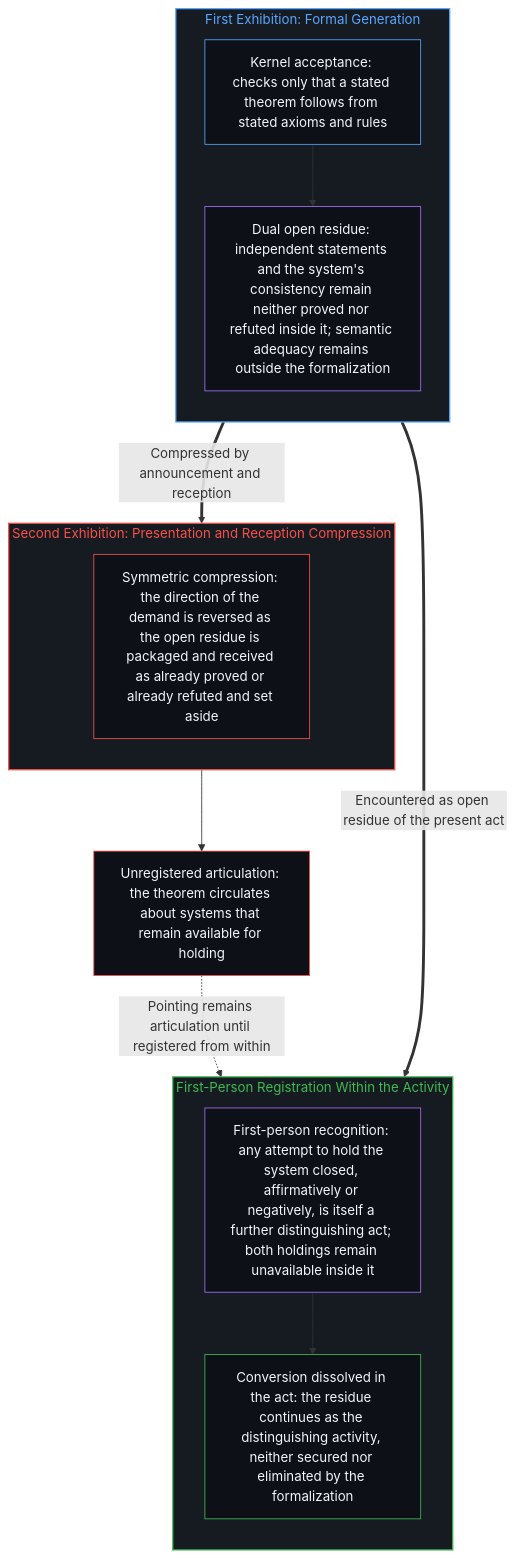
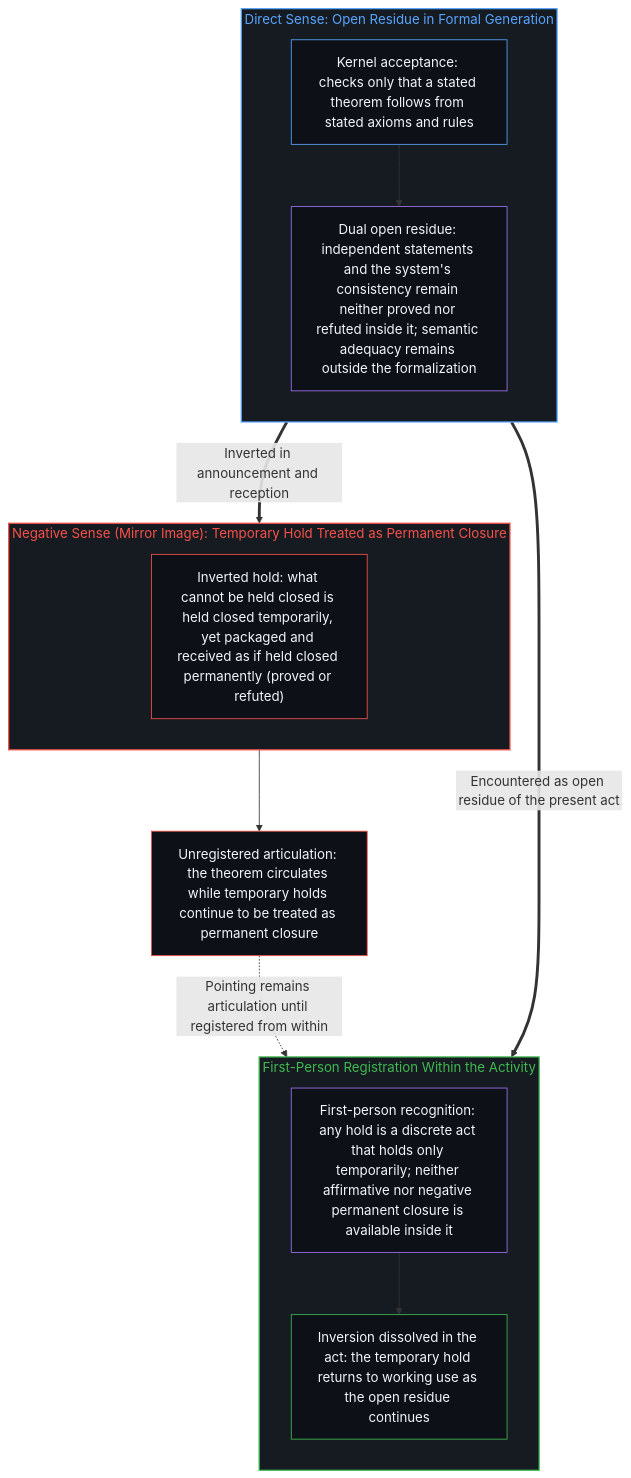
Before and after one commit to powerpig99/not-a-toe: the fourth of 4 diagrams in content/posts/incompleteness-exhibited-twice.md, drawn with Mermaid. The commit also changed other lines of this file and 3 other files, not shown here.

Commit message:
Rectify Post #411: certainty of uncertainty & mirror-image direct vs. negative expressions of incompleteness

````diff
--- a/content/posts/incompleteness-exhibited-twice.md
+++ b/content/posts/incompleteness-exhibited-twice.md
@@ -151,33 +151,33 @@
 ```mermaid
 flowchart TD
-    subgraph S_First["First Exhibition: Formal Generation"]
+    subgraph S_First["Direct Sense: Open Residue in Formal Generation"]
         direction TB
         K["Kernel acceptance: checks only that a stated theorem follows from stated axioms and rules"]
         R1["Dual open residue: independent statements and the system's consistency remain neither proved nor refuted inside it; semantic adequacy remains outside the formalization"]
         K --> R1
     end
-    subgraph S_Second["Second Exhibition: Presentation and Reception Compression"]
+    subgraph S_Second["Negative Sense (Mirror Image): Temporary Hold Treated as Permanent Closure"]
         direction TB
-        C["Symmetric compression: the direction of the demand is reversed as the open residue is packaged and received as already proved or already refuted and set aside"]
+        C["Inverted hold: what cannot be held closed is held closed temporarily, yet packaged and received as if held closed permanently (proved or refuted)"]
     end
-    A["Unregistered articulation: the theorem circulates about systems that remain available for holding"]
+    A["Unregistered articulation: the theorem circulates while temporary holds continue to be treated as permanent closure"]
     subgraph S_Reg["First-Person Registration Within the Activity"]
         direction TB
-        F["First-person recognition: any attempt to hold the system closed, affirmatively or negatively, is itself a further distinguishing act; both holdings remain unavailable inside it"]
-        D["Conversion dissolved in the act: the residue continues as the distinguishing activity, neither secured nor eliminated by the formalization"]
+        F["First-person recognition: any hold is a discrete act that holds only temporarily; neither affirmative nor negative permanent closure is available inside it"]
+        D["Inversion dissolved in the act: the temporary hold returns to working use as the open residue continues"]
         F --> D
     end
-    R1 ==>|"Compressed by announcement and reception"| C
+    R1 ==>|"Inverted in announcement and reception"| C
     C --> A
     R1 ==>|"Encountered as open residue of the present act"| F
     A -.->|"Pointing remains articulation until registered from within"| F
     style S_First fill:#161b22,stroke:#58a6ff,stroke-width:1.5px,color:#58a6ff
     style S_Second fill:#161b22,stroke:#f85149,stroke-width:1.5px,color:#f85149
     style S_Reg fill:#161b22,stroke:#3fb950,stroke-width:1.5px,color:#3fb950
     style K fill:#0d1117,stroke:#58a6ff,stroke-width:1px,color:#f0f6fc
     style R1 fill:#0d1117,stroke:#a371f7,stroke-width:1px,color:#f0f6fc
     style C fill:#0d1117,stroke:#f85149,stroke-width:1px,color:#f0f6fc
     style A fill:#0d1117,stroke:#f85149,stroke-width:1px,color:#f0f6fc
     style F fill:#0d1117,stroke:#a371f7,stroke-width:1px,color:#f0f6fc
     style D fill:#0d1117,stroke:#3fb950,stroke-width:1px,color:#f0f6fc
 ```
````
